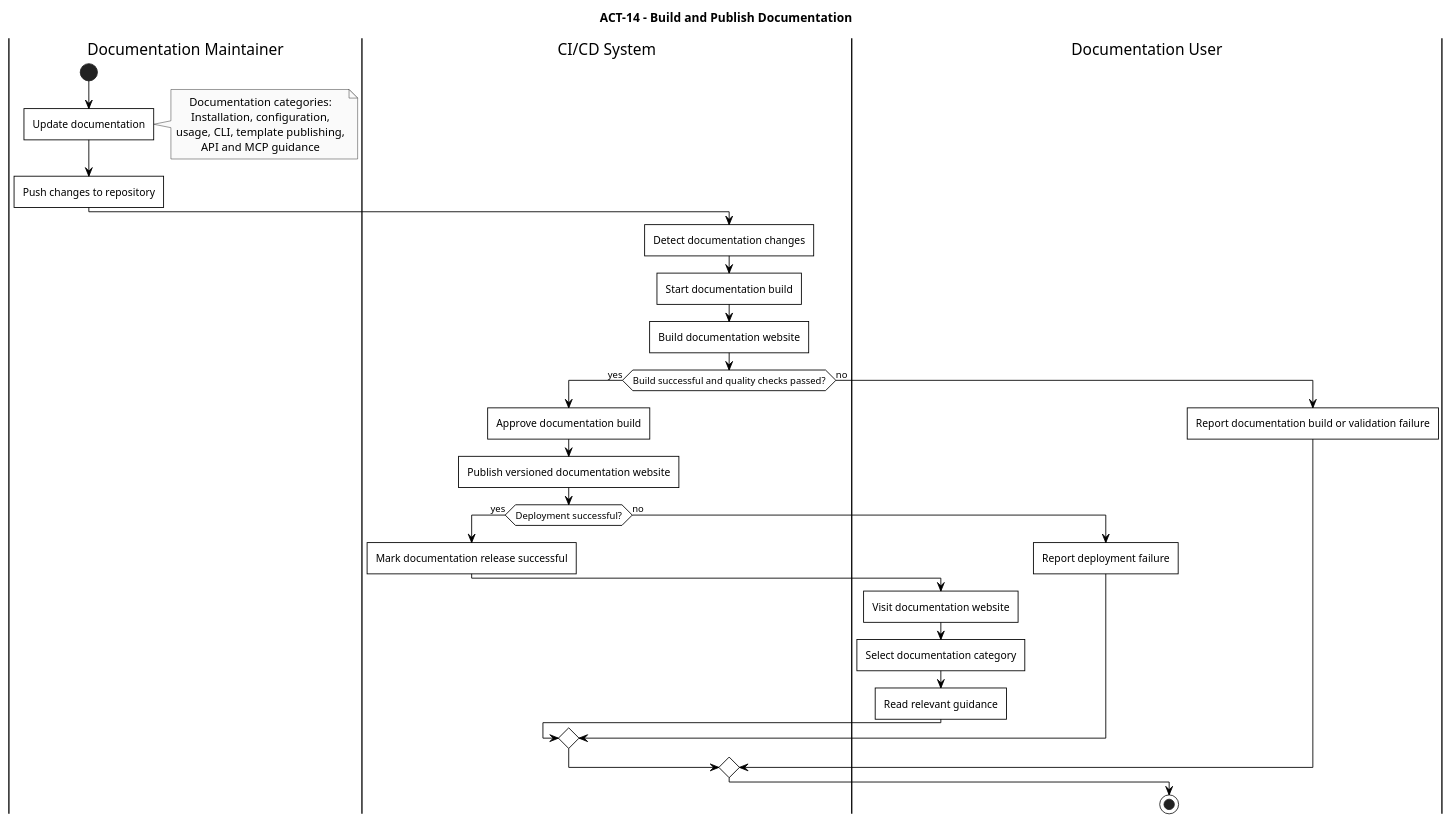
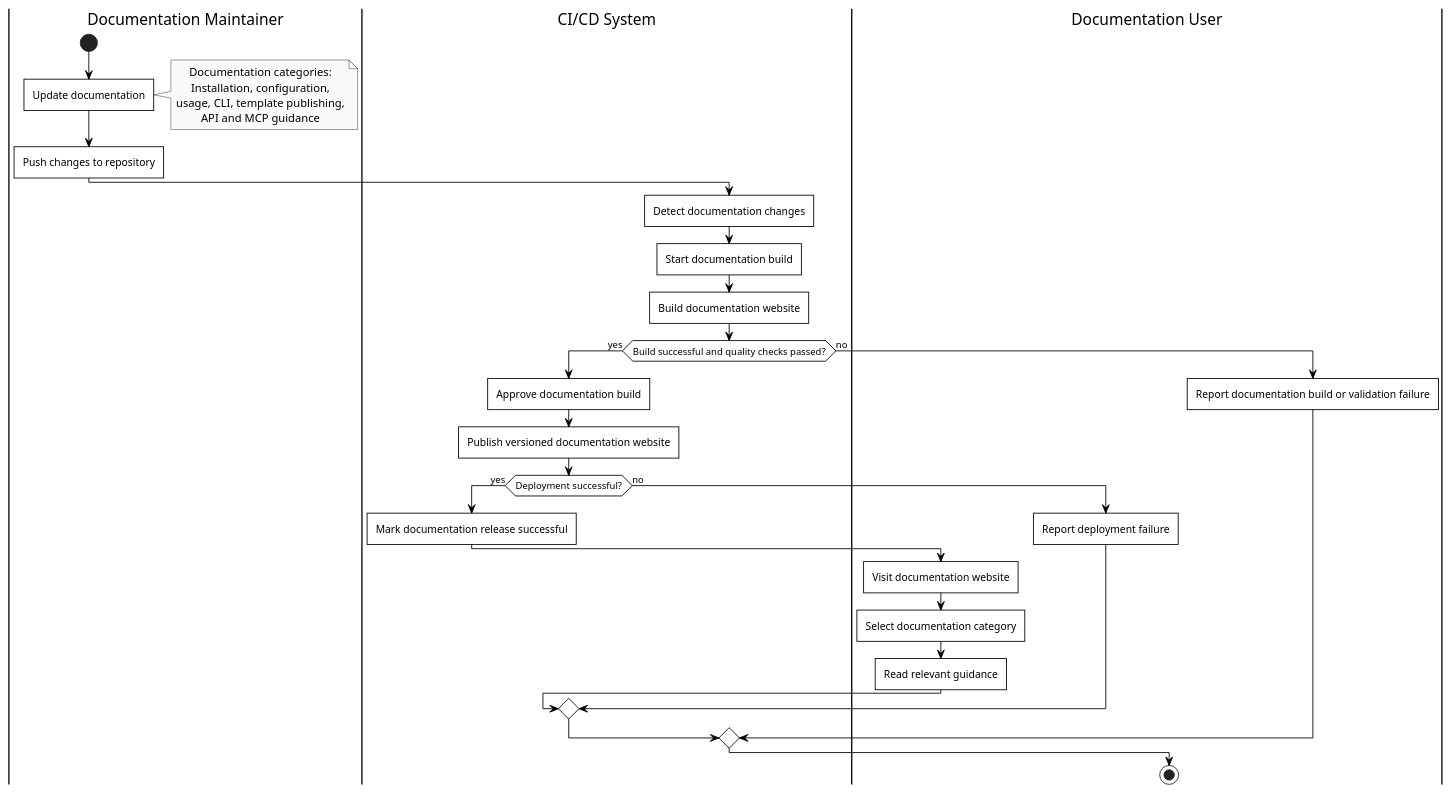
One commit to Litho-MD/uet-fyp-docs changed the diagram in diagrams/puml/activity/14-documentation.puml. Above: the diagram before and after it, drawn with PlantUML. The commit also changed 111 other files, not shown here.

First line of the commit message:
Add TikZ support for UML diagrams and refine document structure

```diff
--- a/diagrams/puml/activity/14-documentation.puml
+++ b/diagrams/puml/activity/14-documentation.puml
@@ -1,52 +1,51 @@
 @startuml
-title ACT-14 - Build and Publish Documentation
 
 skinparam monochrome true
 skinparam backgroundColor white
 skinparam shadowing false
 skinparam roundCorner 0
 skinparam defaultTextAlignment center
 skinparam activityBorderThickness 1
 skinparam activity {
     BackgroundColor white
     BorderColor black
     FontColor black
     DiamondBackgroundColor white
     DiamondBorderColor black
 }
 skinparam ArrowColor black
 skinparam defaultFontColor black
 
 |Documentation Maintainer|
 start
 :Update documentation;
 note right
     Documentation categories:
     Installation, configuration,
     usage, CLI, template publishing,
     API and MCP guidance
 end note
 :Push changes to repository;
 
 |CI/CD System|
 :Detect documentation changes;
 :Start documentation build;
 :Build documentation website;
 if (Build successful and quality checks passed?) then (yes)
     :Approve documentation build;
     :Publish versioned documentation website;
     if (Deployment successful?) then (yes)
         :Mark documentation release successful;
         |Documentation User|
         :Visit documentation website;
         :Select documentation category;
         :Read relevant guidance;
     else (no)
         :Report deployment failure;
     endif
 else (no)
     :Report documentation build or validation failure;
 endif
 
 stop
 @enduml
```
